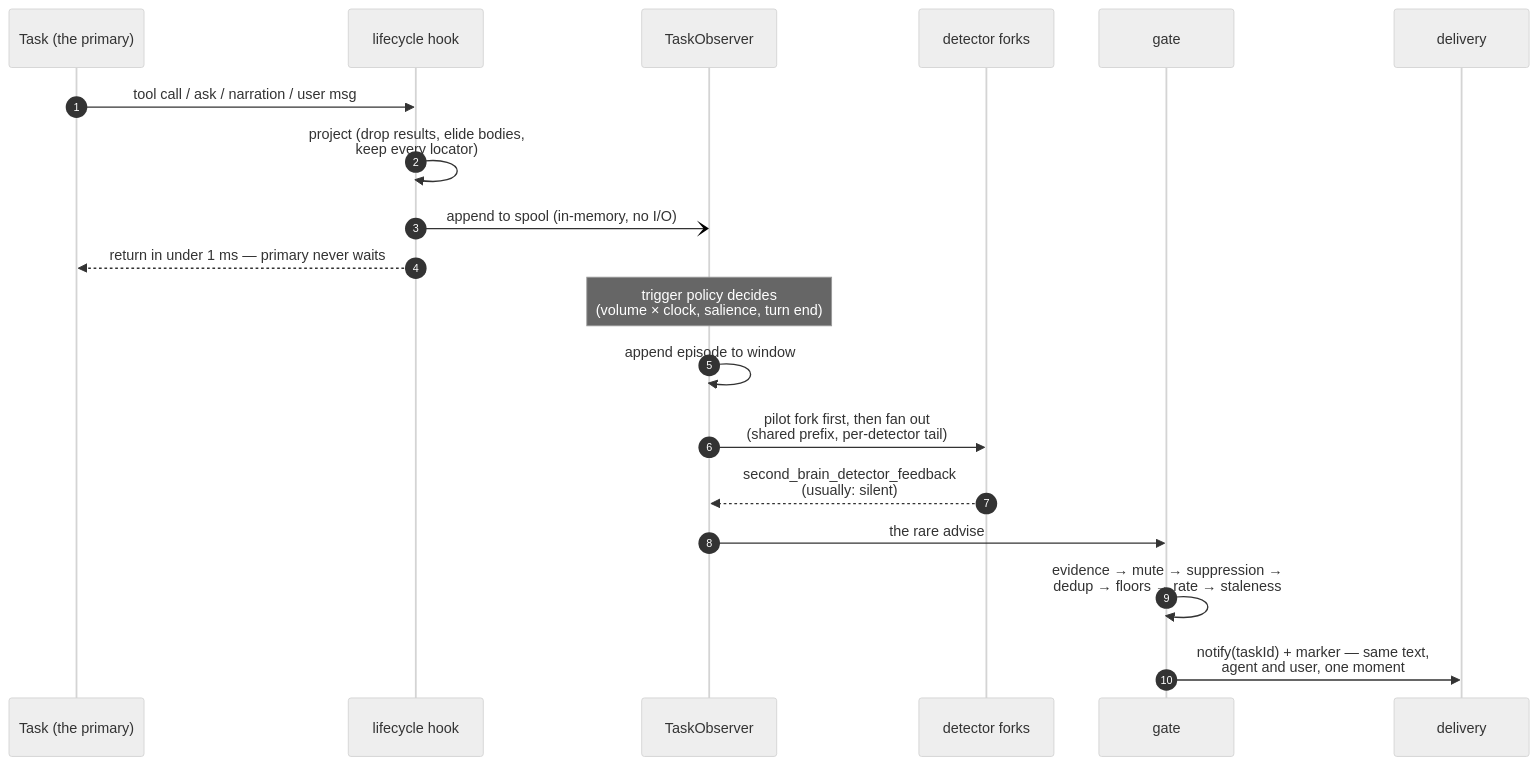
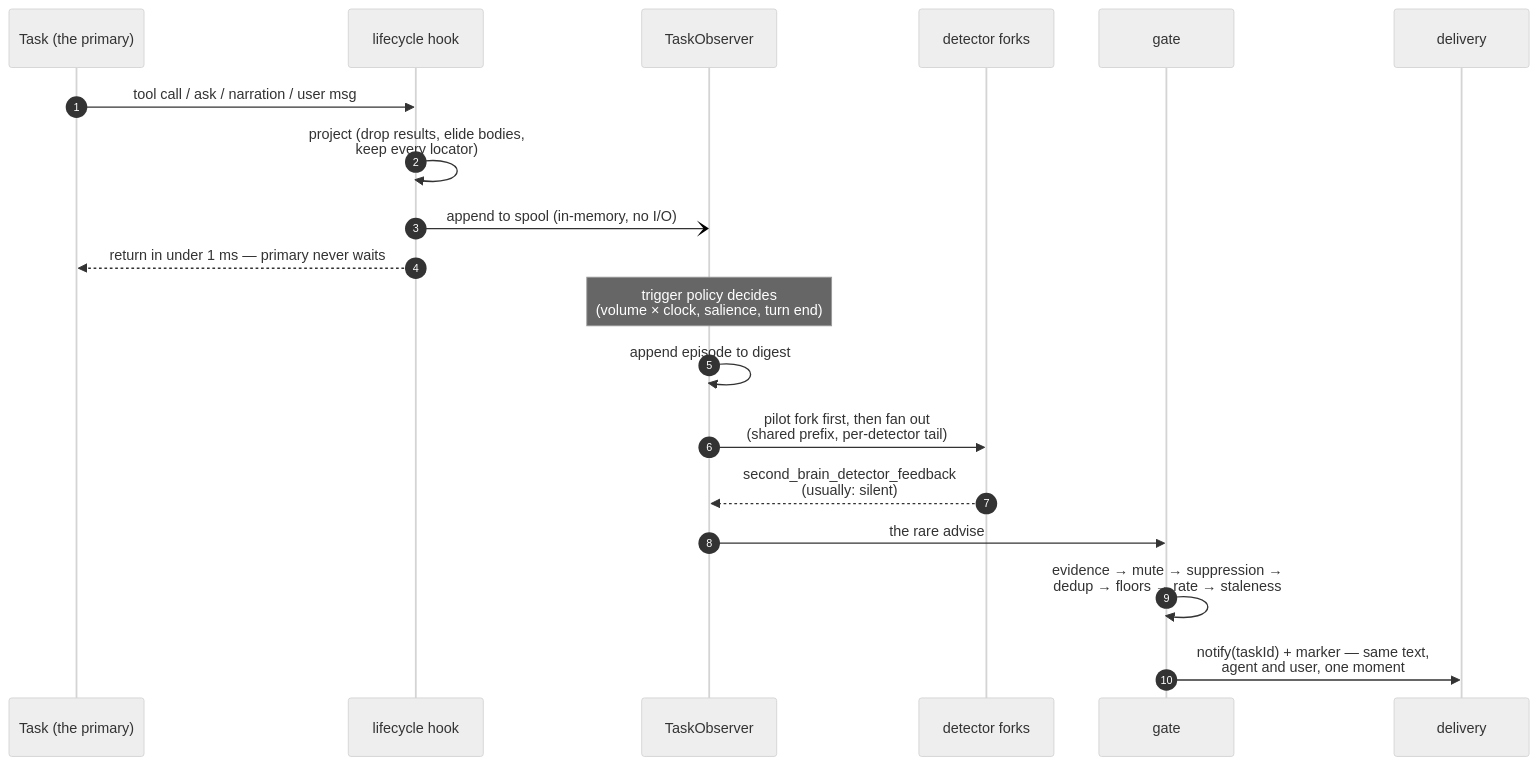
The second of 3 diagrams in plugins/second-brain/DESIGN.md (shofer-dev/shofer), drawn with Mermaid (neutral theme) before and after one commit. The commit also changed other lines of this file and 19 other files, not shown here.

First line of the commit message:
feat(second-brain): the digest is the complete conversation, not a window

````diff
--- a/plugins/second-brain/DESIGN.md
+++ b/plugins/second-brain/DESIGN.md
@@ -267,22 +267,22 @@
 ```mermaid
 sequenceDiagram
     autonumber
     participant T as Task (the primary)
     participant H as lifecycle hook
     participant O as TaskObserver
     participant F as detector forks
     participant G as gate
     participant D as delivery
 
     T->>H: tool call / ask / narration / user msg
     H->>H: project (drop results, elide bodies,<br/>keep every locator)
     H-)O: append to spool (in-memory, no I/O)
     H-->>T: return in under 1 ms — primary never waits
     Note over O: trigger policy decides<br/>(volume × clock, salience, turn end)
-    O->>O: append episode to window
+    O->>O: append episode to digest
     O->>F: pilot fork first, then fan out<br/>(shared prefix, per-detector tail)
     F-->>O: second_brain_detector_feedback<br/>(usually: silent)
     O->>G: the rare advise
     G->>G: evidence → mute → suppression →<br/>dedup → floors → rate → staleness
     G->>D: notify(taskId) + marker — same text,<br/>agent and user, one moment
 ```
````
